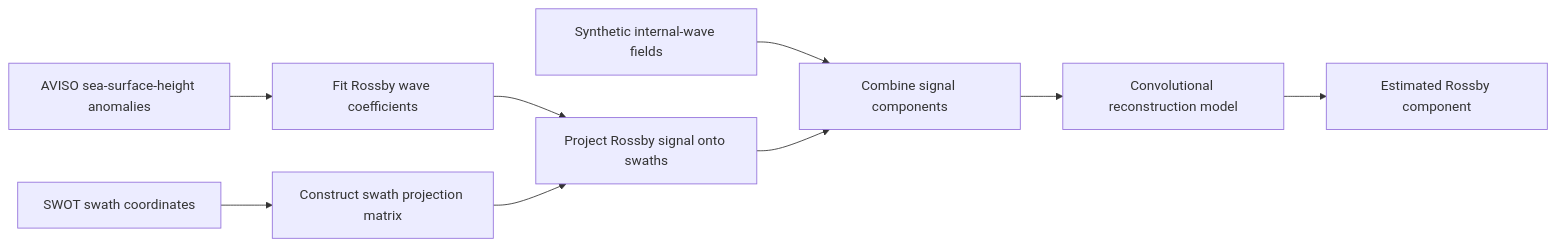
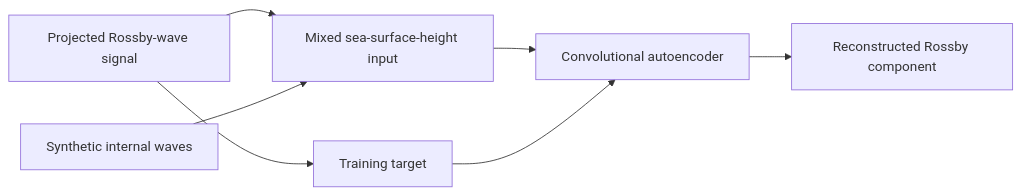
One commit to liangyuchen-research/ocean-satellite-wave-separation changed the diagram in README.md. Above: the diagram before and after it, drawn with Mermaid. The commit also changed other lines of this file and 29 other files, not shown here.

````diff
--- a/README.md
+++ b/README.md
@@ -11,11 +18,9 @@
 ```mermaid
 flowchart LR
-    A[AVISO sea-surface-height anomalies] --> B[Fit Rossby wave coefficients]
-    S[SWOT swath coordinates] --> C[Construct swath projection matrix]
-    B --> D[Project Rossby signal onto swaths]
-    C --> D
-    I[Synthetic internal-wave fields] --> M[Combine signal components]
-    D --> M
-    M --> N[Convolutional reconstruction model]
-    N --> R[Estimated Rossby component]
+    A[Projected Rossby-wave signal] --> M[Mixed sea-surface-height input]
+    I[Synthetic internal waves] --> M
+    M --> N[Convolutional autoencoder]
+    N --> R[Reconstructed Rossby component]
+    A --> T[Training target]
+    T --> N
 ```
````
